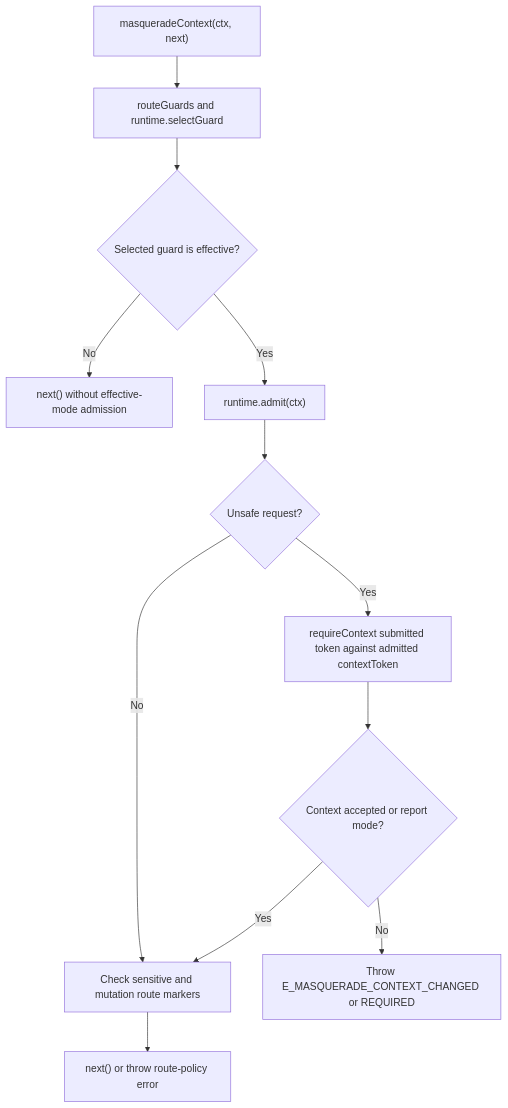
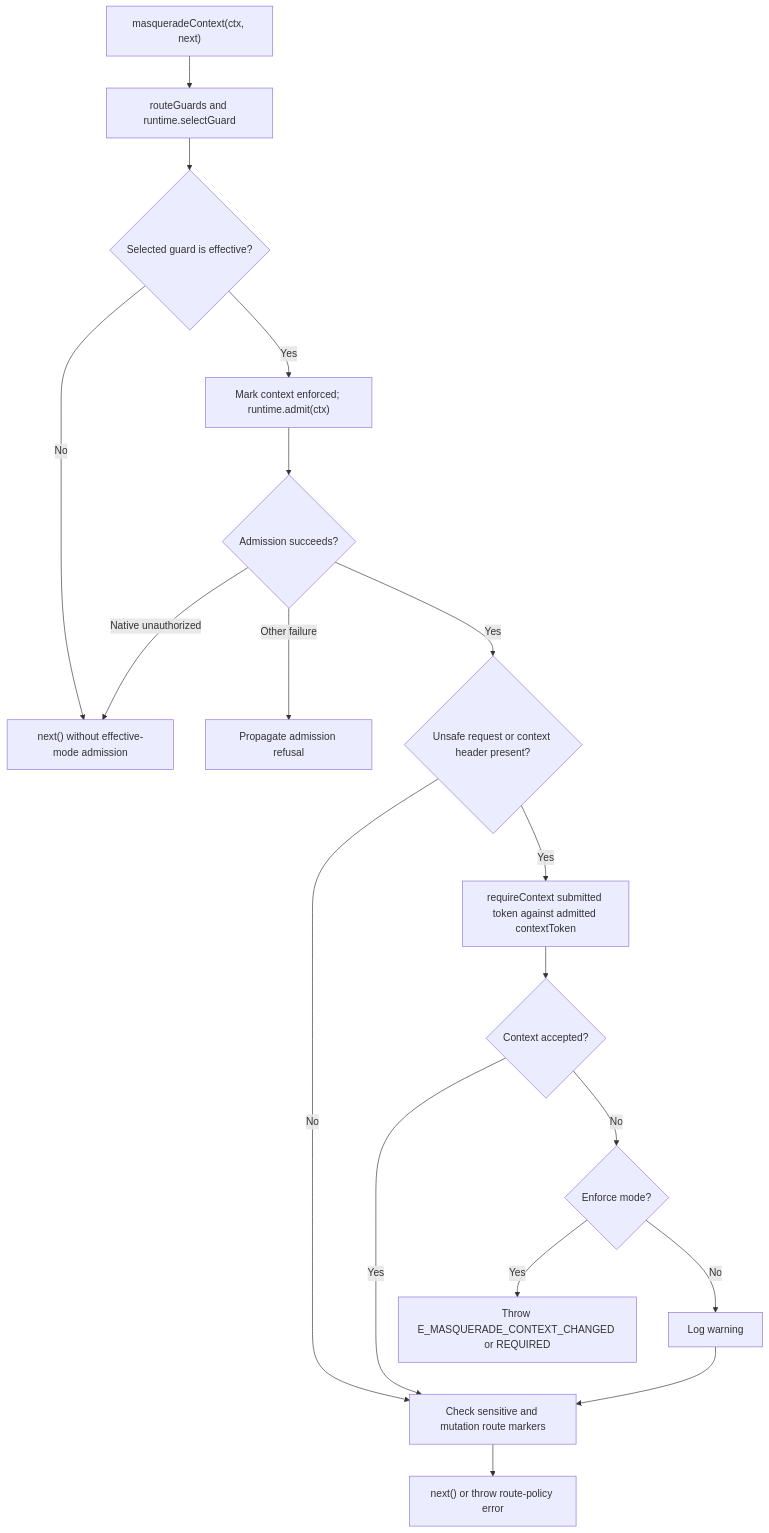
Before and after one commit to Kevinjohn/oss-adonisjs-masquerade: the second of 2 diagrams in user-stories/submit-context-token/us-context-01-submit-context-token.md, drawn with Mermaid. The commit also changed other lines of this file and 26 other files, not shown here.

````diff
--- a/user-stories/submit-context-token/us-context-01-submit-context-token.md
+++ b/user-stories/submit-context-token/us-context-01-submit-context-token.md
@@ -41,14 +41,20 @@
 ```mermaid
 flowchart TD
     A["masqueradeContext(ctx, next)"] --> B["routeGuards and runtime.selectGuard"]
     B --> C{"Selected guard is effective?"}
     C -->|No| D["next() without effective-mode admission"]
-    C -->|Yes| E["runtime.admit(ctx)"]
-    E --> F{"Unsafe request?"}
+    C -->|Yes| E["Mark context enforced; runtime.admit(ctx)"]
+    E --> Q{"Admission succeeds?"}
+    Q -->|Native unauthorized| D
+    Q -->|Other failure| R["Propagate admission refusal"]
+    Q -->|Yes| F{"Unsafe request or context header present?"}
     F -->|No| G["Check sensitive and mutation route markers"]
     F -->|Yes| H["requireContext submitted token against admitted contextToken"]
-    H --> I{"Context accepted or report mode?"}
-    I -->|No| J["Throw E_MASQUERADE_CONTEXT_CHANGED or REQUIRED"]
+    H --> I{"Context accepted?"}
     I -->|Yes| G
+    I -->|No| T{"Enforce mode?"}
+    T -->|Yes| J["Throw E_MASQUERADE_CONTEXT_CHANGED or REQUIRED"]
+    T -->|No| U["Log warning"]
+    U --> G
     G --> K["next() or throw route-policy error"]
 ```
````
